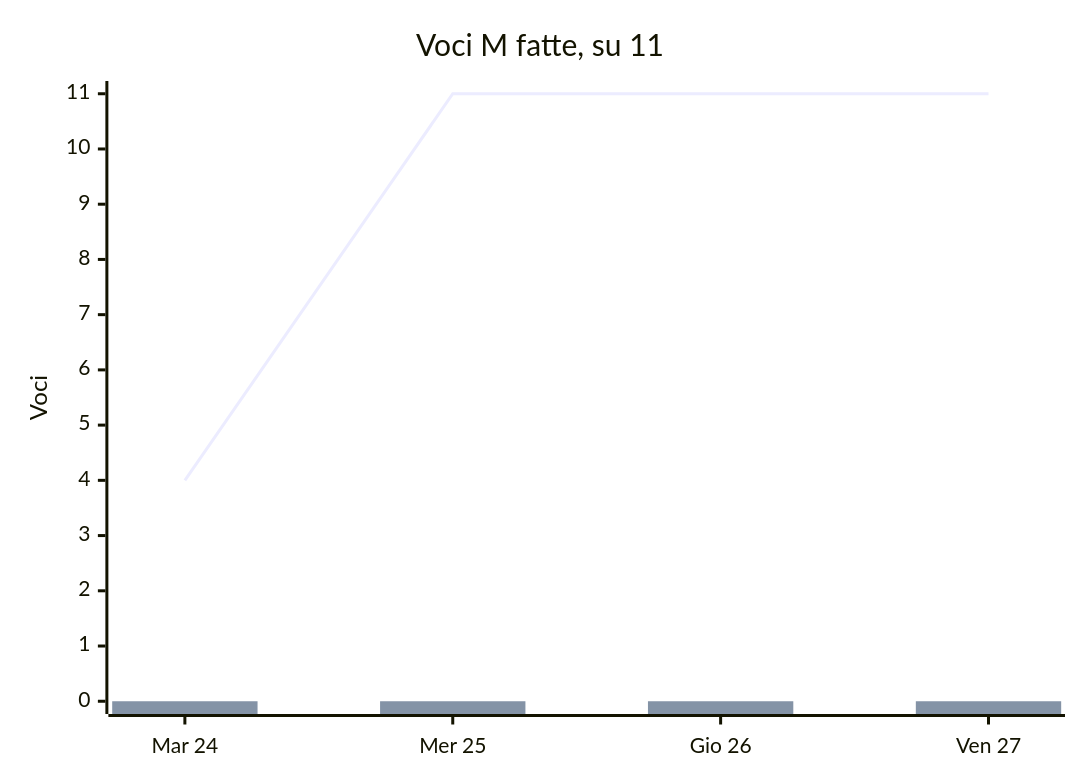
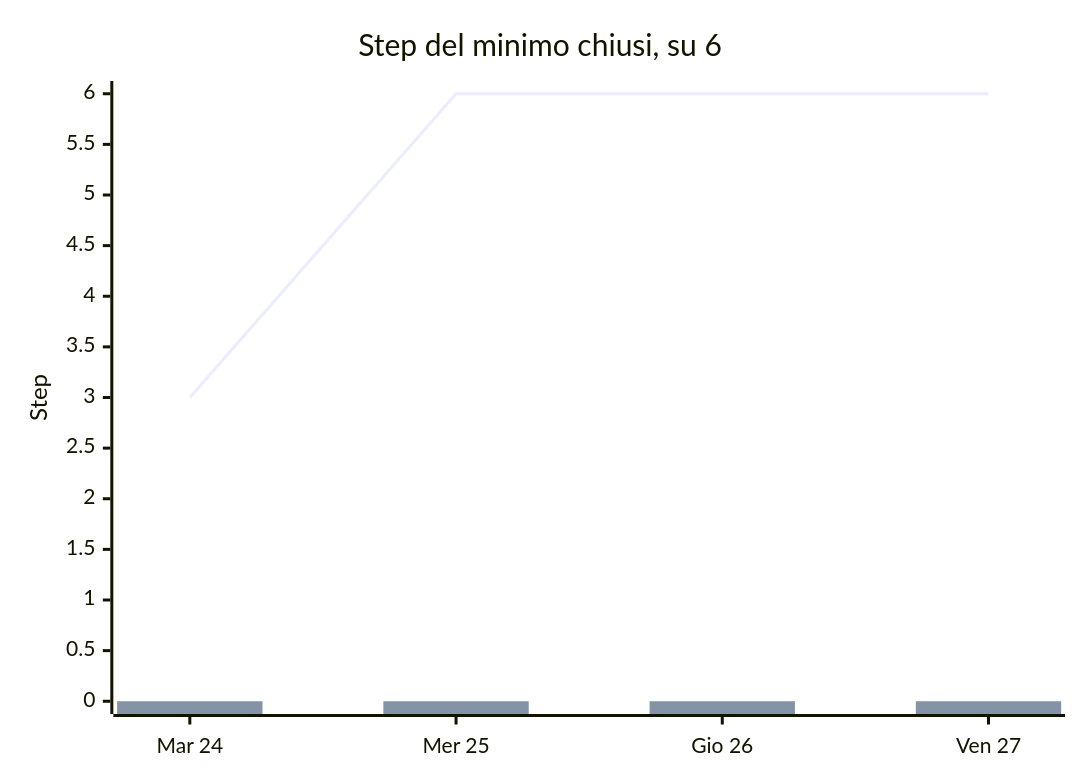
One commit to Ilbollit0/Team-3-progetto-buildweek-2 changed the second of 7 diagrams in docs/Controllo e monitoraggio.md. Above: the diagram before and after it, drawn with Mermaid. The commit also changed other lines of this file and 2 other files, not shown here.

````diff
--- a/docs/Controllo e monitoraggio.md
+++ b/docs/Controllo e monitoraggio.md
@@ -73,8 +74,8 @@
 ```mermaid
 xychart-beta
-  title "Voci M fatte, su 11"
+  title "Step del minimo chiusi, su 6"
   x-axis ["Mar 24", "Mer 25", "Gio 26", "Ven 27"]
-  y-axis "Voci" 0 --> 11
-  line [4, 11, 11, 11]
+  y-axis "Step" 0 --> 6
+  line [3, 6, 6, 6]
   bar [0, 0, 0, 0]
 ```
````
